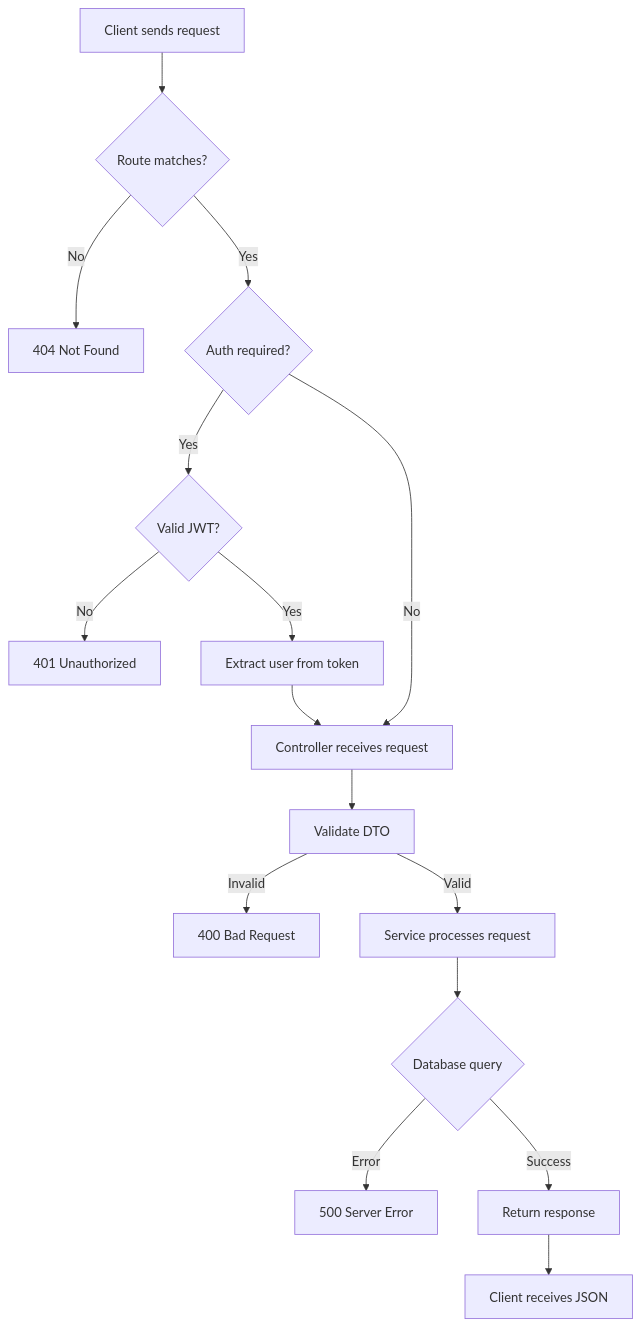
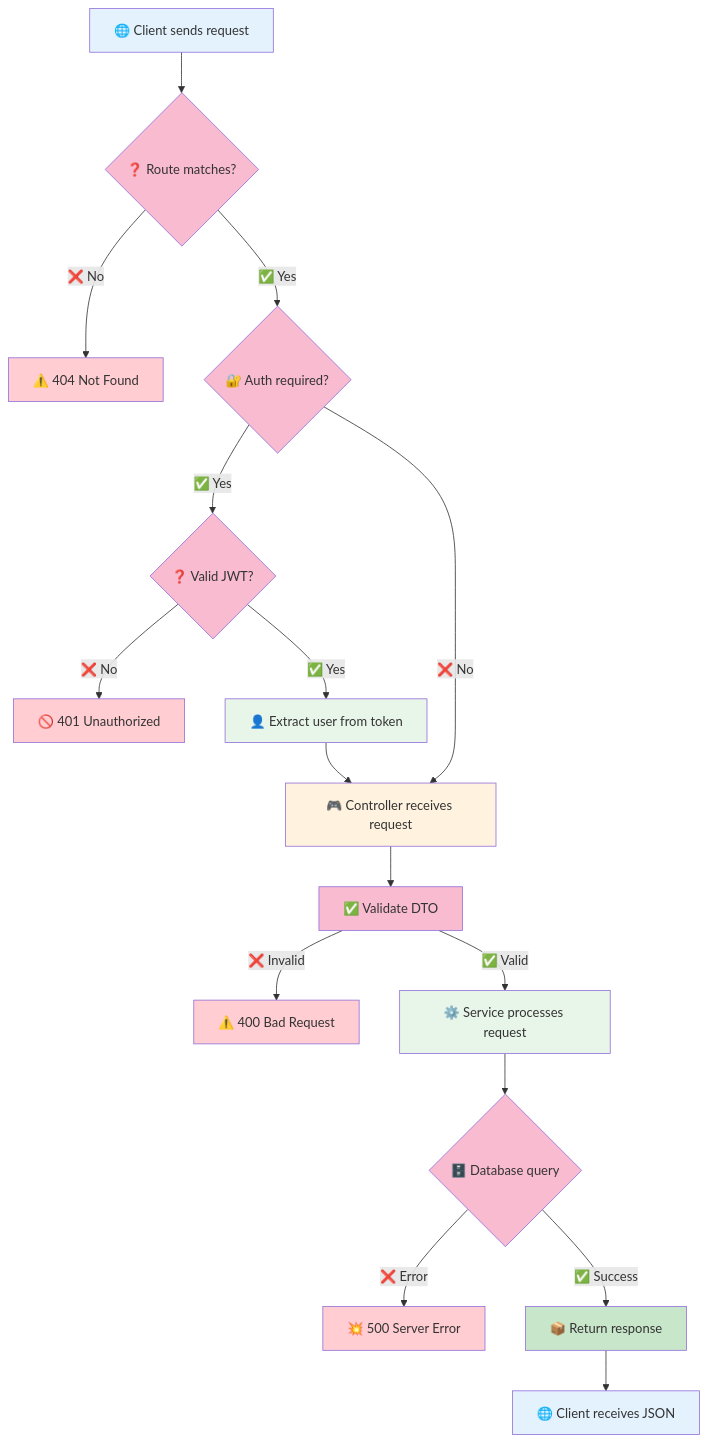
Before and after one commit to Tpekins/portfolio: the third of 5 diagrams in apps/backend/README.md, drawn with Mermaid. The commit also changed other lines of this file and 3 other files, not shown here.

Commit message:
Added architecture, component hierarchy, filter flows, API flows, and auth flows to root, frontend, backend, and categories.

````diff
--- a/apps/backend/README.md
+++ b/apps/backend/README.md
@@ -129,18 +212,34 @@
 ```mermaid
 flowchart TD
-    A[Client sends request] --> B{Route matches?}
-    B -->|No| C[404 Not Found]
-    B -->|Yes| D{Auth required?}
-    D -->|Yes| E{Valid JWT?}
-    E -->|No| F[401 Unauthorized]
-    E -->|Yes| G[Extract user from token]
-    G --> H[Controller receives request]
-    D -->|No| H
-    H --> I[Validate DTO]
-    I -->|Invalid| J[400 Bad Request]
-    I -->|Valid| K[Service processes request]
-    K --> L{Database query}
-    L -->|Error| M[500 Server Error]
-    L -->|Success| N[Return response]
-    N --> O[Client receives JSON]
+    A["🌐 Client sends request"] --> B{"❓ Route matches?"}
+    B -->|"❌ No"| C["⚠️ 404 Not Found"]
+    B -->|"✅ Yes"| D{"🔐 Auth required?"}
+    D -->|"✅ Yes"| E{"❓ Valid JWT?"}
+    E -->|"❌ No"| F["🚫 401 Unauthorized"]
+    E -->|"✅ Yes"| G["👤 Extract user from token"]
+    G --> H["🎮 Controller receives request"]
+    D -->|"❌ No"| H
+    H --> I["✅ Validate DTO"]
+    I -->|"❌ Invalid"| J["⚠️ 400 Bad Request"]
+    I -->|"✅ Valid"| K["⚙️ Service processes request"]
+    K --> L{"🗄️ Database query"}
+    L -->|"❌ Error"| M["💥 500 Server Error"]
+    L -->|"✅ Success"| N["📦 Return response"]
+    N --> O["🌐 Client receives JSON"]
+
+    style A fill:#e3f2fd
+    style B fill:#f8bbd0
+    style C fill:#ffcdd2
+    style D fill:#f8bbd0
+    style E fill:#f8bbd0
+    style F fill:#ffcdd2
+    style G fill:#e8f5e9
+    style H fill:#fff3e0
+    style I fill:#f8bbd0
+    style J fill:#ffcdd2
+    style K fill:#e8f5e9
+    style L fill:#f8bbd0
+    style M fill:#ffcdd2
+    style N fill:#c8e6c9
+    style O fill:#e3f2fd
 ```
````
